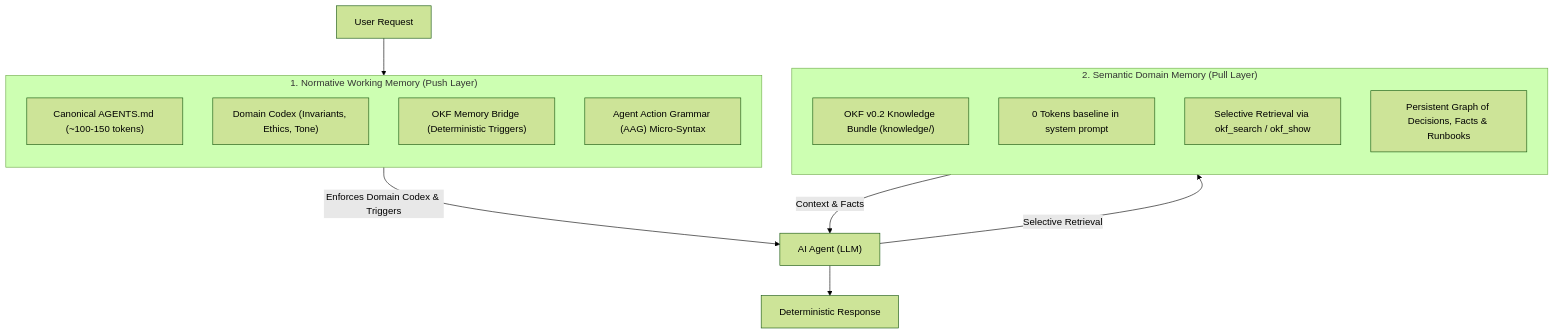
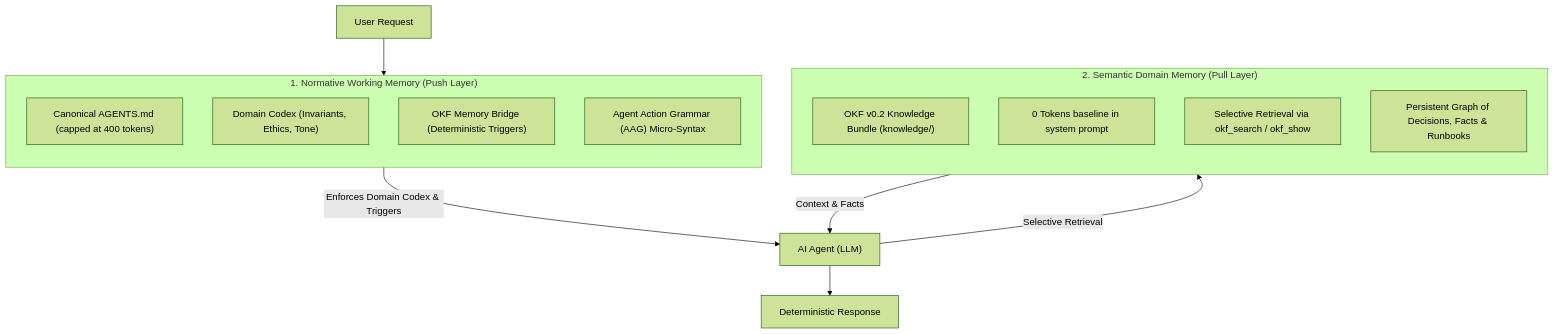
Before and after one commit to cdcore09/okf-agent-memory: the first of 3 diagrams in README.md, drawn with Mermaid (forest theme). The commit also changed other lines of this file and 8 other files, not shown here.

````diff
--- a/README.md
+++ b/README.md
@@ -26,24 +26,24 @@
 ```mermaid
 flowchart TD
     subgraph PUSH["1. Normative Working Memory (Push Layer)"]
         direction TB
-        C1["Canonical AGENTS.md (~100-150 tokens)"]
+        C1["Canonical AGENTS.md (capped at 400 tokens)"]
         C2["Domain Codex (Invariants, Ethics, Tone)"]
         C3["OKF Memory Bridge (Deterministic Triggers)"]
         C4["Agent Action Grammar (AAG) Micro-Syntax"]
     end
 
     subgraph PULL["2. Semantic Domain Memory (Pull Layer)"]
         direction TB
         O1["OKF v0.2 Knowledge Bundle (knowledge/)"]
         O2["0 Tokens baseline in system prompt"]
         O3["Selective Retrieval via okf_search / okf_show"]
         O4["Persistent Graph of Decisions, Facts & Runbooks"]
     end
 
     INPUT["User Request"] --> PUSH
     PUSH -->|Enforces Domain Codex & Triggers| AGENT["AI Agent (LLM)"]
     AGENT -->|Selective Retrieval| PULL
     PULL -->|Context & Facts| AGENT
     AGENT --> OUTPUT["Deterministic Response"]
 ```
````
